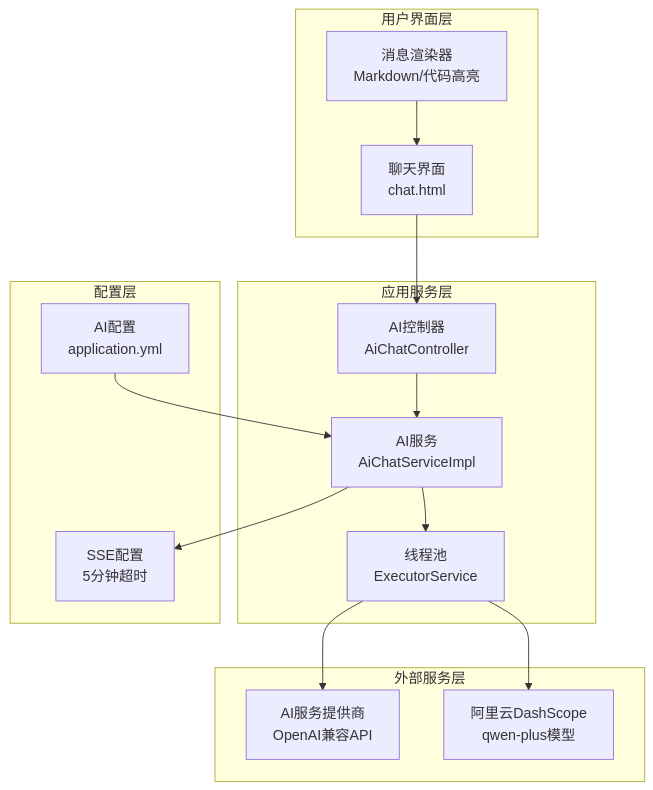
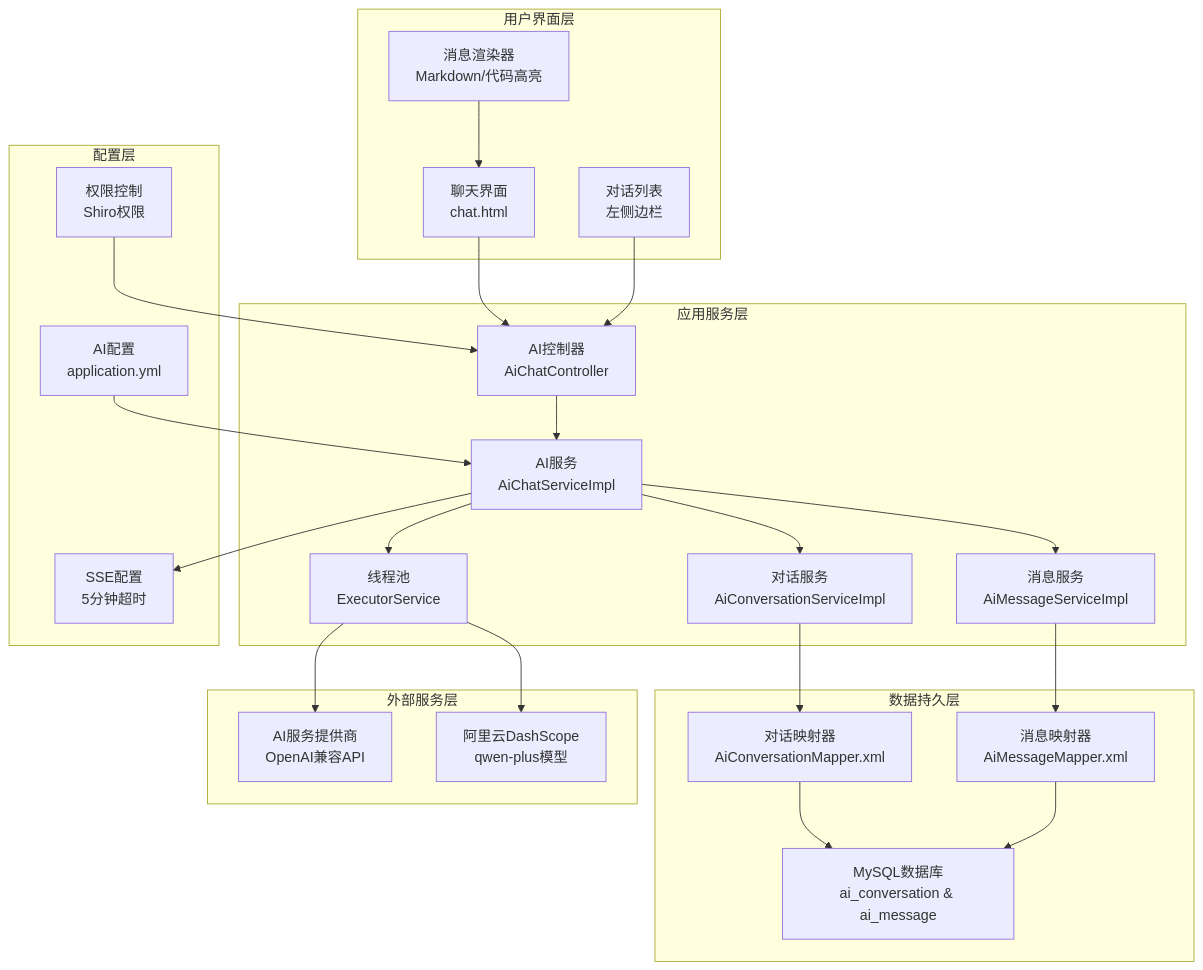
The third of 17 diagrams in .qoder/repowiki/zh/content/AI智能问答模块.md (xionghao5/ruoyi-demo), drawn with Mermaid before and after one commit. The commit also changed other lines of this file and 3 other files, not shown here.

````diff
--- a/.qoder/repowiki/zh/content/AI智能问答模块.md
+++ b/.qoder/repowiki/zh/content/AI智能问答模块.md
@@ -132,28 +160,45 @@
 ```mermaid
 graph TB
 subgraph "用户界面层"
 UI[聊天界面<br/>chat.html]
+Sidebar[对话列表<br/>左侧边栏]
 Renderer[消息渲染器<br/>Markdown/代码高亮]
 end
 subgraph "应用服务层"
 Controller[AI控制器<br/>AiChatController]
 Service[AI服务<br/>AiChatServiceImpl]
+ConversationService[对话服务<br/>AiConversationServiceImpl]
+MessageService[消息服务<br/>AiMessageServiceImpl]
 Pool[线程池<br/>ExecutorService]
+end
+subgraph "数据持久层"
+ConversationMapper[对话映射器<br/>AiConversationMapper.xml]
+MessageMapper[消息映射器<br/>AiMessageMapper.xml]
+DB[MySQL数据库<br/>ai_conversation & ai_message]
 end
 subgraph "外部服务层"
 OpenAI[AI服务提供商<br/>OpenAI兼容API]
 DashScope[阿里云DashScope<br/>qwen-plus模型]
 end
 subgraph "配置层"
 Config[AI配置<br/>application.yml]
 SSE[SSE配置<br/>5分钟超时]
+Auth[权限控制<br/>Shiro权限]
 end
 UI --> Controller
+Sidebar --> Controller
 Controller --> Service
+Service --> ConversationService
+Service --> MessageService
+ConversationService --> ConversationMapper
+MessageService --> MessageMapper
+ConversationMapper --> DB
+MessageMapper --> DB
 Service --> Pool
 Pool --> OpenAI
 Pool --> DashScope
 Service --> SSE
 Config --> Service
+Auth --> Controller
 Renderer --> UI
 ```
````
